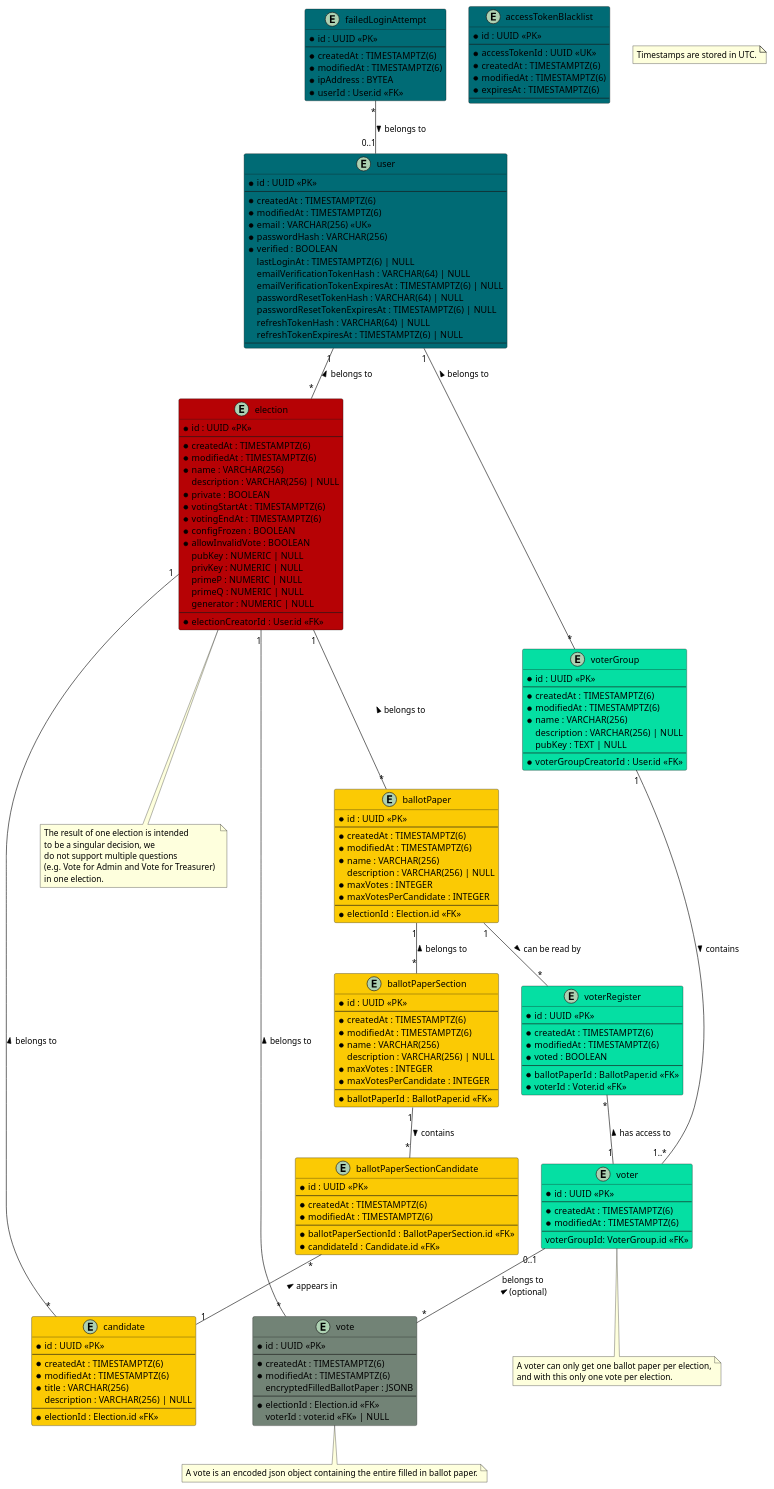
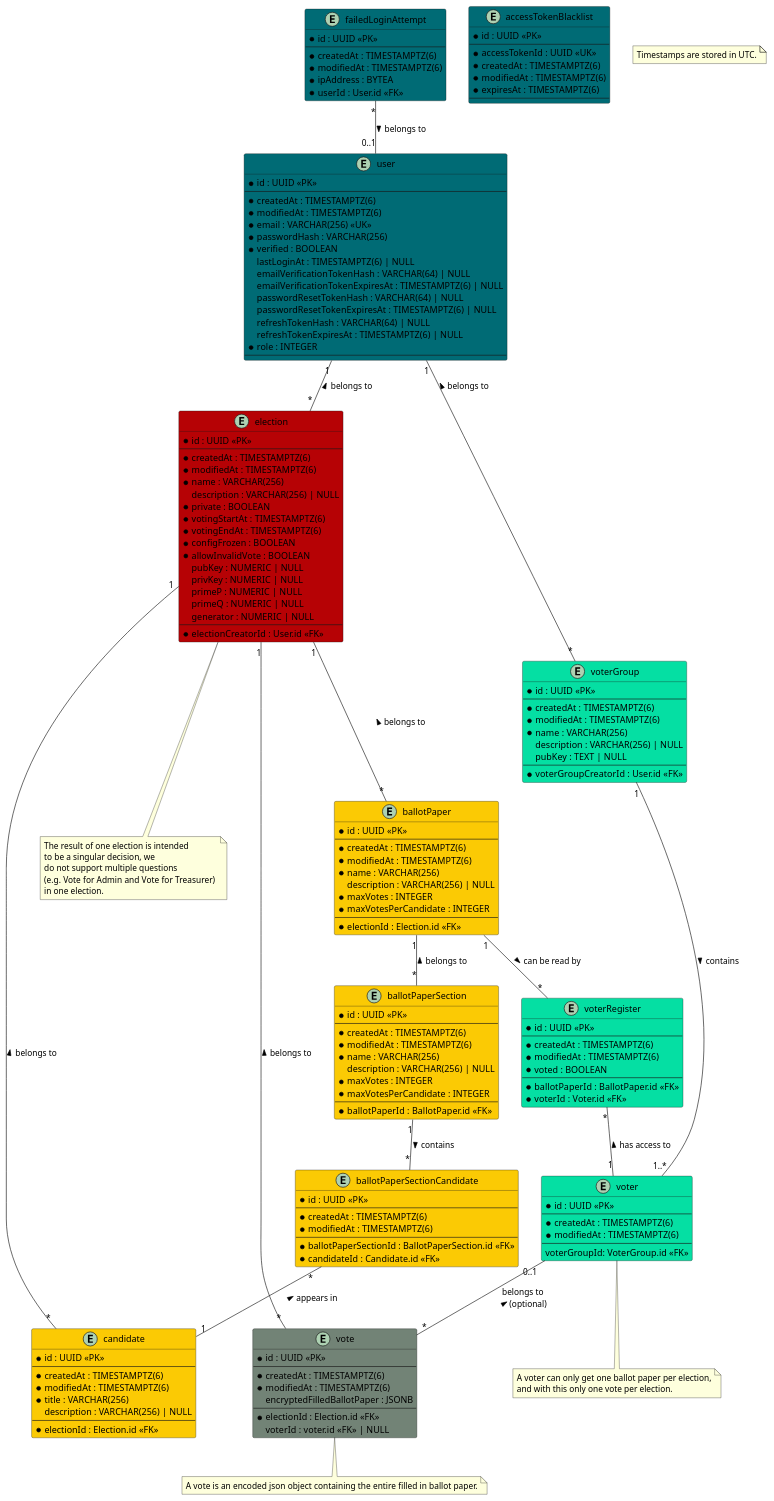
One commit to SE-UUlm/votura changed the diagram in apps/docs/static/uml/dataModel.puml. Above: the diagram before and after it, drawn with PlantUML.

Commit message:
456: Add role column to dataModel

```diff
--- a/apps/docs/static/uml/dataModel.puml
+++ b/apps/docs/static/uml/dataModel.puml
@@ -1,196 +1,197 @@
 @startuml dataModel
 
 entity "user" as user #006b75 {
     * id : UUID <<PK>>
     --
     * createdAt : TIMESTAMPTZ(6)
     * modifiedAt : TIMESTAMPTZ(6)
     * email : VARCHAR(256) <<UK>>
     * passwordHash : VARCHAR(256)
     * verified : BOOLEAN
     lastLoginAt : TIMESTAMPTZ(6) | NULL
     emailVerificationTokenHash : VARCHAR(64) | NULL
     emailVerificationTokenExpiresAt : TIMESTAMPTZ(6) | NULL
     passwordResetTokenHash : VARCHAR(64) | NULL
     passwordResetTokenExpiresAt : TIMESTAMPTZ(6) | NULL
     refreshTokenHash : VARCHAR(64) | NULL
     refreshTokenExpiresAt : TIMESTAMPTZ(6) | NULL
+    * role : INTEGER
     --
 }
 
 entity "accessTokenBlacklist" as jwtBlacklist #006b75 {
     ' this table is used to store blacklisted access tokens
     ' The jti is 36 characters long if we use UUIDv4
     * id : UUID <<PK>>
     --
     * accessTokenId : UUID <<UK>>
     * createdAt : TIMESTAMPTZ(6)
     * modifiedAt : TIMESTAMPTZ(6)
     * expiresAt : TIMESTAMPTZ(6)
     --
 }
 
 entity "election" as elections #b60205 {
     * id : UUID <<PK>>
     --
     * createdAt : TIMESTAMPTZ(6)
     * modifiedAt : TIMESTAMPTZ(6)
     * name : VARCHAR(256)
     description : VARCHAR(256) | NULL
     * private : BOOLEAN
     * votingStartAt : TIMESTAMPTZ(6)
     * votingEndAt : TIMESTAMPTZ(6)
     * configFrozen : BOOLEAN
     * allowInvalidVote : BOOLEAN
     ' Is there a use case for `votesCounted`?
     ' * votesCounted : BOOLEAN
     ' * votesCounted : BOOLEAN
     ' Computed values such as validVotes and invalidVotes are critical - do we really want to store them?
     ' validVotes : NUMERIC | NULL
     ' invalidVotes : NUMERIC | NULL
     pubKey : NUMERIC | NULL
     privKey : NUMERIC | NULL
     primeP : NUMERIC | NULL
     primeQ : NUMERIC | NULL
     generator : NUMERIC | NULL
     --
     * electionCreatorId : User.id <<FK>>
 }
 
 note as N2
 The result of one election is intended 
 to be a singular decision, we 
 do not support multiple questions 
 (e.g. Vote for Admin and Vote for Treasurer) 
 in one election.
 end note
 
 entity "ballotPaper" as ballotPapers #fbca04 {
     * id : UUID <<PK>>
     --
     * createdAt : TIMESTAMPTZ(6)
     * modifiedAt : TIMESTAMPTZ(6)
     * name : VARCHAR(256)
     description : VARCHAR(256) | NULL
     * maxVotes : INTEGER
     * maxVotesPerCandidate : INTEGER
     --
     * electionId : Election.id <<FK>>
 }
 
 entity "ballotPaperSection" as ballotPaperSections #fbca04 {
     * id : UUID <<PK>>
     --
     * createdAt : TIMESTAMPTZ(6)
     * modifiedAt : TIMESTAMPTZ(6)
     * name : VARCHAR(256)
     description : VARCHAR(256) | NULL
     * maxVotes : INTEGER
     * maxVotesPerCandidate : INTEGER
     --
     * ballotPaperId : BallotPaper.id <<FK>>
 }
 
 entity "ballotPaperSectionCandidate" as ballotPaperSectionCandidates #fbca04 {
     * id : UUID <<PK>>
     --
     * createdAt : TIMESTAMPTZ(6)
     * modifiedAt : TIMESTAMPTZ(6)
     --
     * ballotPaperSectionId : BallotPaperSection.id <<FK>>
     * candidateId : Candidate.id <<FK>>
 }
 
 entity "candidate" as candidates #fbca04 {
     * id : UUID <<PK>>
     --
     * createdAt : TIMESTAMPTZ(6)
     * modifiedAt : TIMESTAMPTZ(6)
     * title : VARCHAR(256)
     description : VARCHAR(256) | NULL
     --
     * electionId : Election.id <<FK>>
 }
 
 entity "vote" as votes #728376 {
     * id : UUID <<PK>>
     --
     * createdAt : TIMESTAMPTZ(6)
     * modifiedAt : TIMESTAMPTZ(6)
     encryptedFilledBallotPaper : JSONB
     --
     * electionId : Election.id <<FK>>
     ' if the vote isn't secret, voter can be saved
     voterId : voter.id <<FK>> | NULL
 }
 note as N4
 A vote is an encoded json object containing the entire filled in ballot paper.
 end note
 
 entity "voterRegister" as voterRegisters #05DFA3 {
     * id : UUID <<PK>>
     --
     * createdAt : TIMESTAMPTZ(6)
     * modifiedAt : TIMESTAMPTZ(6)
     * voted : BOOLEAN
     --
     * ballotPaperId : BallotPaper.id <<FK>>
     * voterId : Voter.id <<FK>>
 }
 
 entity "voter" as voters #05DFA3 {
     * id : UUID <<PK>>
     --
     * createdAt : TIMESTAMPTZ(6)
     * modifiedAt : TIMESTAMPTZ(6)
     --
     voterGroupId: VoterGroup.id <<FK>>
 }
 note as N3
 A voter can only get one ballot paper per election,
 and with this only one vote per election.
 end note
 
 entity "voterGroup" as voterGroups #05DFA3 {
     * id : UUID <<PK>>
     --
     * createdAt : TIMESTAMPTZ(6)
     * modifiedAt : TIMESTAMPTZ(6)
     * name : VARCHAR(256)
     description : VARCHAR(256) | NULL
     pubKey : TEXT | NULL
     --
     * voterGroupCreatorId : User.id <<FK>>
 }
 
 note as N1
 Timestamps are stored in UTC.
 end note
 
 entity "failedLoginAttempt" #006b75 {
     * id : UUID <<PK>>
     --
     * createdAt : TIMESTAMPTZ(6)
     * modifiedAt : TIMESTAMPTZ(6)
     * ipAddress : BYTEA
     * userId : User.id <<FK>>
 }
 
 user "1"--"*" elections : belongs to <
 elections "1"--"*" ballotPapers : belongs to <
 elections -- N2
 elections "1"--"*" candidates : belongs to <
 ballotPapers "1"--"*" voterRegisters : can be read by >
 voterRegisters "*"--"1" voters : has access to <
 ballotPapers "1"--"*" ballotPaperSections : belongs to <
 ballotPaperSections "1"--"*" ballotPaperSectionCandidates : contains >
 ballotPaperSectionCandidates "*"--"1" candidates : appears in <
 votes "*"--"1" elections : belongs to >
 voters "0..1"--"*" votes : belongs to \n (optional) <
 user "1"--"*" voterGroups : belongs to <
 voterGroups "1"--"1..*" voters : contains >
 voters -- N3
 votes -- N4
 failedLoginAttempt "*"--"0..1" user : belongs to >
 
 @enduml
```
